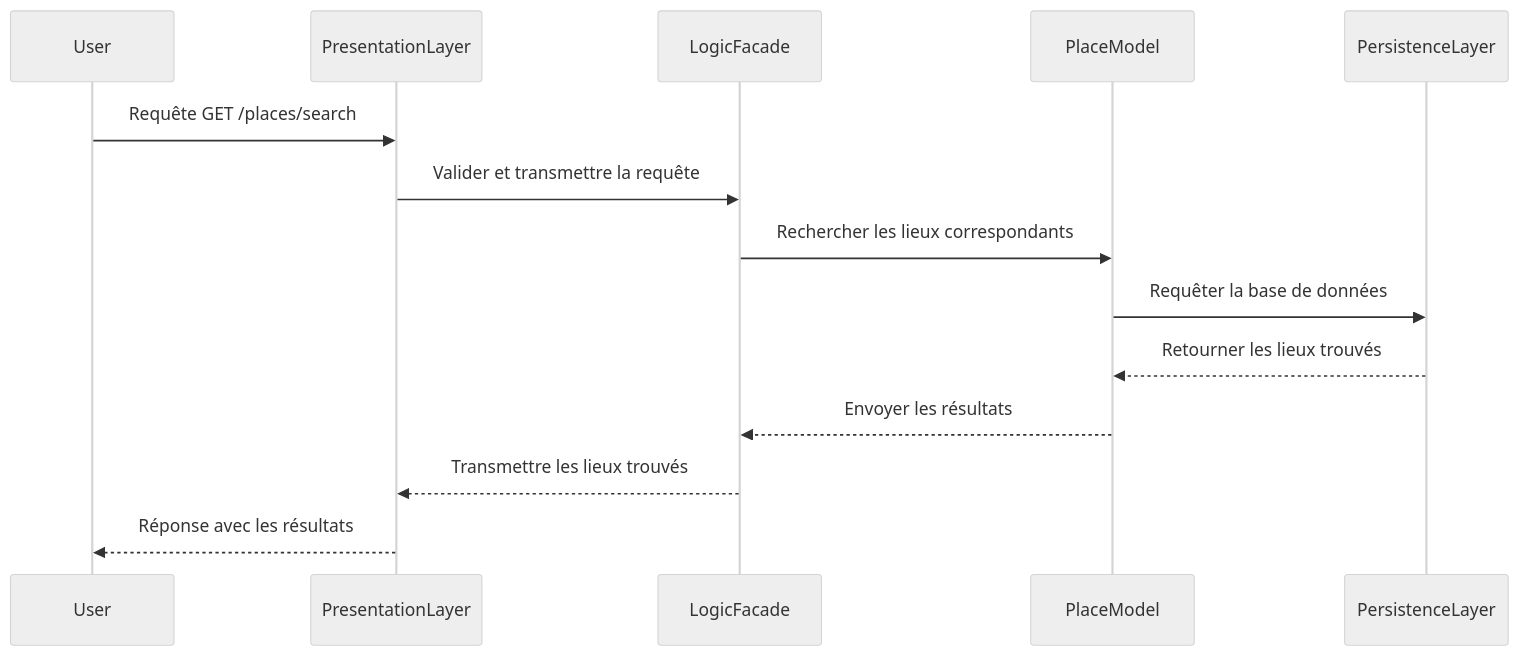
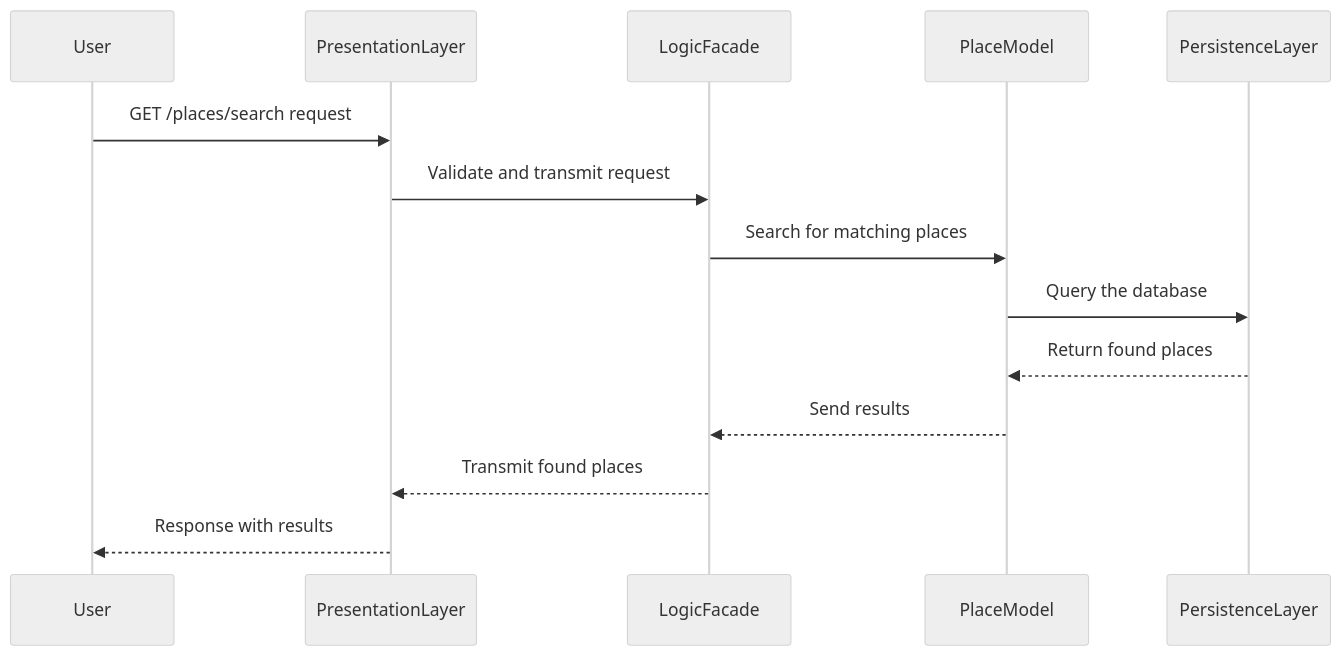
Before and after one commit to Arinhakeo/HBnB-Evolution: the third of 3 diagrams in HBnB-UML/3. Documentation_Compilation.md, drawn with Mermaid (neutral theme). The commit also changed other lines of this file, not shown here.

````diff
--- a/HBnB-UML/3. Documentation_Compilation.md
+++ b/HBnB-UML/3. Documentation_Compilation.md
@@ -95,12 +100,11 @@
 ```mermaid
-
 sequenceDiagram
-User ->> PresentationLayer : Requête GET /places/search
-PresentationLayer ->> LogicFacade : Valider et transmettre la requête
-LogicFacade ->> PlaceModel : Rechercher les lieux correspondants
-PlaceModel ->> PersistenceLayer : Requêter la base de données
-PersistenceLayer -->> PlaceModel : Retourner les lieux trouvés
-PlaceModel -->> LogicFacade : Envoyer les résultats
-LogicFacade -->> PresentationLayer : Transmettre les lieux trouvés
-PresentationLayer -->> User : Réponse avec les résultats
+User ->> PresentationLayer : GET /places/search request
+PresentationLayer ->> LogicFacade : Validate and transmit request
+LogicFacade ->> PlaceModel : Search for matching places
+PlaceModel ->> PersistenceLayer : Query the database
+PersistenceLayer -->> PlaceModel : Return found places
+PlaceModel -->> LogicFacade : Send results
+LogicFacade -->> PresentationLayer : Transmit found places
+PresentationLayer -->> User : Response with results
 ```
````
